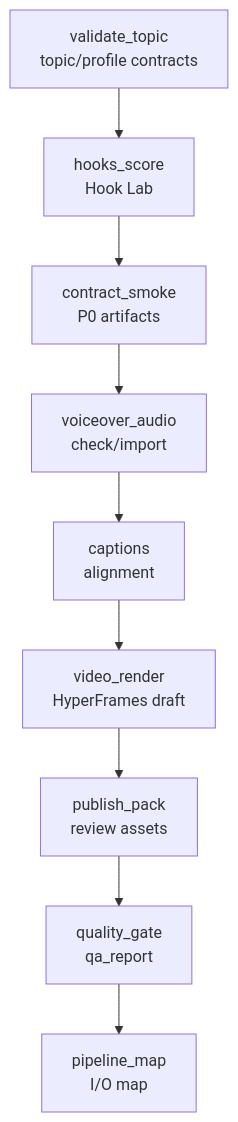
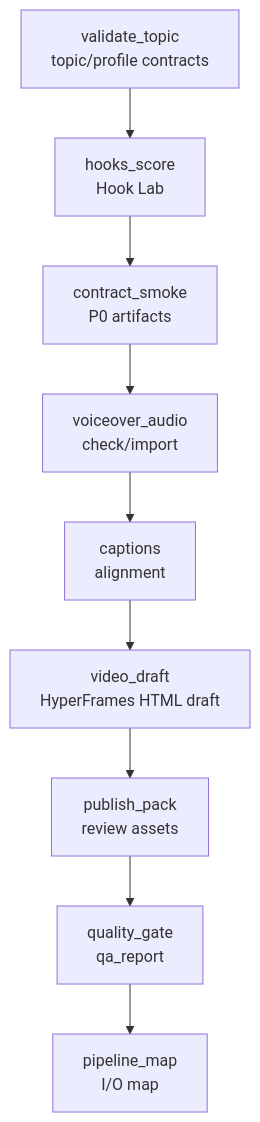
The diagram in episodes/ep01_attention_is_all_you_need/qa/pipeline_map.md (Shanvision-star/paper-aigc-content-factory), drawn with Mermaid before and after one commit. The commit also changed other lines of this file and 194 other files, not shown here.

````diff
--- a/episodes/ep01_attention_is_all_you_need/qa/pipeline_map.md
+++ b/episodes/ep01_attention_is_all_you_need/qa/pipeline_map.md
@@ -11,11 +11,11 @@
 ```mermaid
 flowchart TD
   validate_topic["validate_topic<br/>topic/profile contracts"] --> hooks_score["hooks_score<br/>Hook Lab"]
   hooks_score --> contract_smoke["contract_smoke<br/>P0 artifacts"]
   contract_smoke --> voiceover_audio["voiceover_audio<br/>check/import"]
   voiceover_audio --> captions["captions<br/>alignment"]
-  captions --> video_render["video_render<br/>HyperFrames draft"]
-  video_render --> publish_pack["publish_pack<br/>review assets"]
+  captions --> video_draft["video_draft<br/>HyperFrames HTML draft"]
+  video_draft --> publish_pack["publish_pack<br/>review assets"]
   publish_pack --> quality_gate["quality_gate<br/>qa_report"]
   quality_gate --> pipeline_map["pipeline_map<br/>I/O map"]
 ```
````
